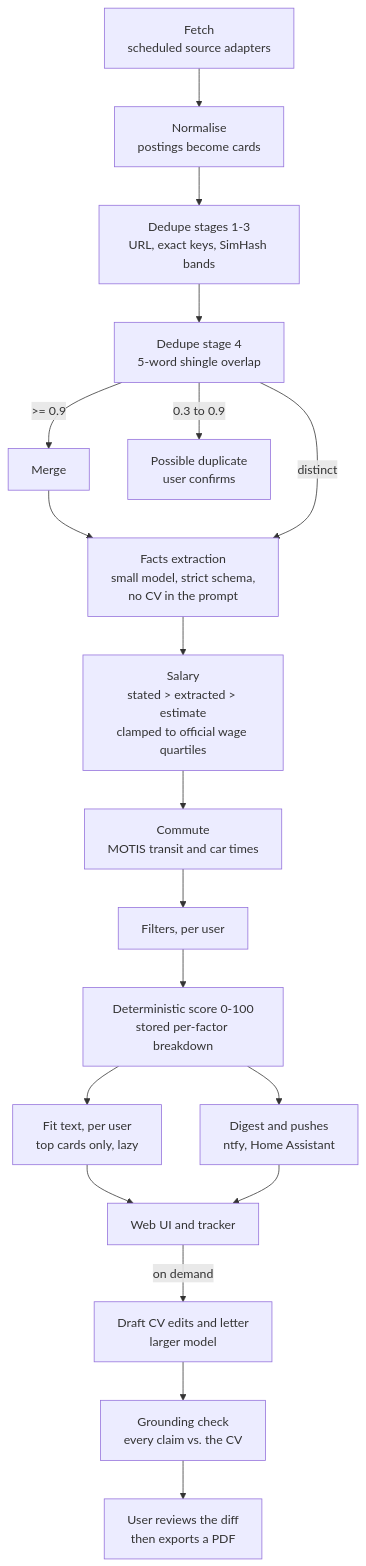
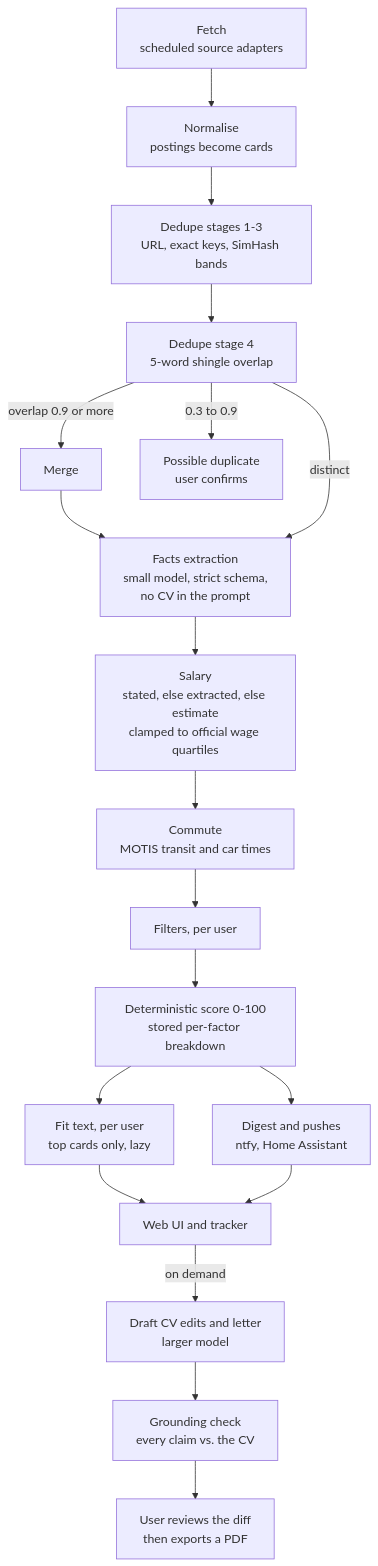
Before and after one commit to xD33m/job-search-case-study: the first of 4 diagrams in docs/architecture.md, drawn with Mermaid. The commit also changed other lines of this file and 1 other file, not shown here.

Commit message:
docs: make the mermaid labels parse safely and mark the CI snippet as condensed

````diff
--- a/docs/architecture.md
+++ b/docs/architecture.md
@@ -7,21 +7,21 @@
 ```mermaid
 flowchart TD
   F[Fetch<br/>scheduled source adapters] --> N[Normalise<br/>postings become cards]
   N --> D1[Dedupe stages 1-3<br/>URL, exact keys, SimHash bands]
   D1 --> D4[Dedupe stage 4<br/>5-word shingle overlap]
-  D4 -->|>= 0.9| M[Merge]
-  D4 -->|0.3 to 0.9| P[Possible duplicate<br/>user confirms]
+  D4 -->|"overlap 0.9 or more"| M[Merge]
+  D4 -->|"0.3 to 0.9"| P[Possible duplicate<br/>user confirms]
   M --> X
   D4 -->|distinct| X[Facts extraction<br/>small model, strict schema,<br/>no CV in the prompt]
-  X --> S[Salary<br/>stated > extracted > estimate<br/>clamped to official wage quartiles]
+  X --> S["Salary<br/>stated, else extracted, else estimate<br/>clamped to official wage quartiles"]
   S --> C[Commute<br/>MOTIS transit and car times]
   C --> FL[Filters, per user]
   FL --> SC[Deterministic score 0-100<br/>stored per-factor breakdown]
   SC --> FIT[Fit text, per user<br/>top cards only, lazy]
   SC --> NT[Digest and pushes<br/>ntfy, Home Assistant]
   FIT --> UI[Web UI and tracker]
   NT --> UI
   UI -->|on demand| PREP[Draft CV edits and letter<br/>larger model]
   PREP --> G[Grounding check<br/>every claim vs. the CV]
   G --> R[User reviews the diff<br/>then exports a PDF]
 ```
````
